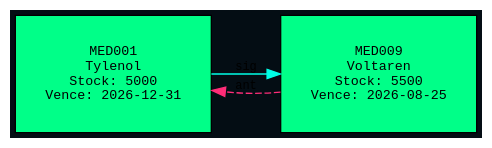
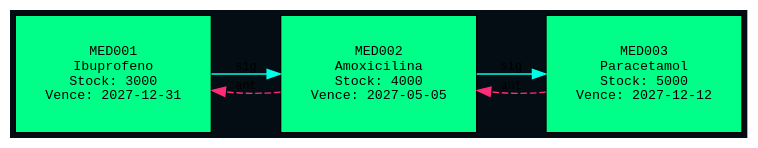
Before and after one commit to RONY36606/EDD_1S2026_PY_-202307793_FASE1-2-3: the diagram in reportes/medicamentos.dot, drawn with Graphviz. The commit also changed 12 other files, not shown here.

```diff
--- a/reportes/medicamentos.dot
+++ b/reportes/medicamentos.dot
@@ -1,11 +1,14 @@
 digraph ListaMedicamentos {
     rankdir=LR;
     bgcolor="#040d14";
     node [shape=box, fontname="Courier", fontsize=10,
           style=filled, fontcolor="#000000", margin="0.3"];
     edge [fontname="Courier", fontsize=9];
-    "MED001" [label="MED001\nTylenol\nStock: 5000\nVence: 2026-12-31", fillcolor="#00ff88"];
-    "MED009" [label="MED009\nVoltaren\nStock: 5500\nVence: 2026-08-25", fillcolor="#00ff88"];
-    "MED001" -> "MED009" [color="#00ffe7", label="sig"];
-    "MED009" -> "MED001" [color="#ff2d78", label="ant", style=dashed];
+    "MED001" [label="MED001\nIbuprofeno\nStock: 3000\nVence: 2027-12-31", fillcolor="#00ff88"];
+    "MED002" [label="MED002\nAmoxicilina\nStock: 4000\nVence: 2027-05-05", fillcolor="#00ff88"];
+    "MED003" [label="MED003\nParacetamol\nStock: 5000\nVence: 2027-12-12", fillcolor="#00ff88"];
+    "MED001" -> "MED002" [color="#00ffe7", label="sig"];
+    "MED002" -> "MED003" [color="#00ffe7", label="sig"];
+    "MED002" -> "MED001" [color="#ff2d78", label="ant", style=dashed];
+    "MED003" -> "MED002" [color="#ff2d78", label="ant", style=dashed];
 }
```
